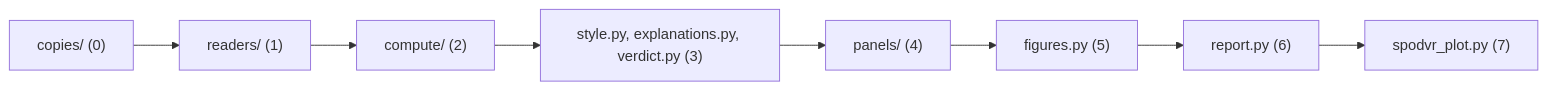
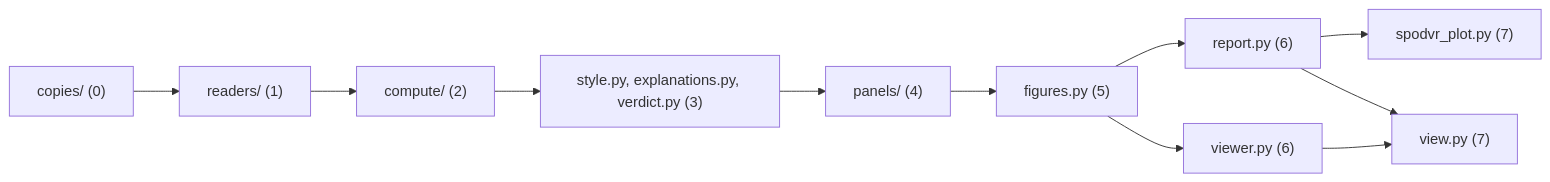
Before and after one commit to ewfsmeets/Cpp-SPO-DVR: the diagram in tools/plots/README.md, drawn with Mermaid. The commit also changed other lines of this file and 4 other files, not shown here.

````diff
--- a/tools/plots/README.md
+++ b/tools/plots/README.md
@@ -114,6 +140,8 @@
 ```mermaid
 flowchart LR
     copies["copies/ (0)"] --> readers["readers/ (1)"] --> compute["compute/ (2)"]
     compute --> look["style.py, explanations.py, verdict.py (3)"] --> panels["panels/ (4)"]
     panels --> figures["figures.py (5)"] --> report["report.py (6)"] --> cli["spodvr_plot.py (7)"]
+    figures --> viewer["viewer.py (6)"] --> view["view.py (7)"]
+    report --> view
 ```
````
